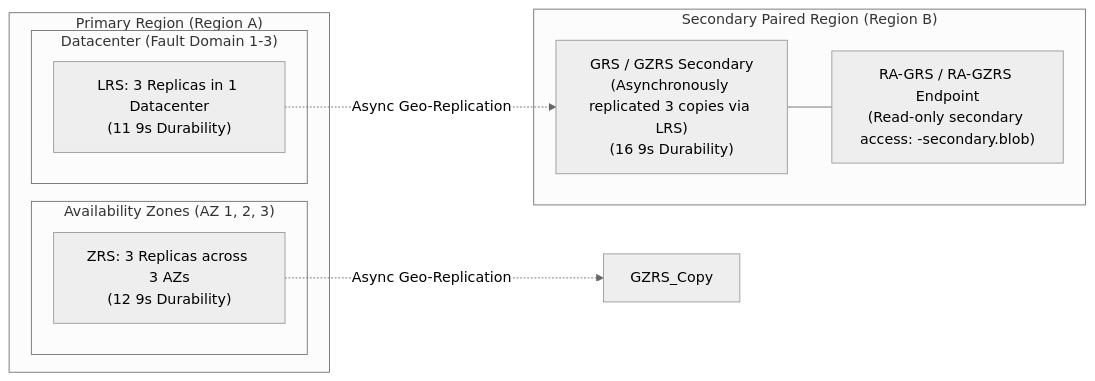
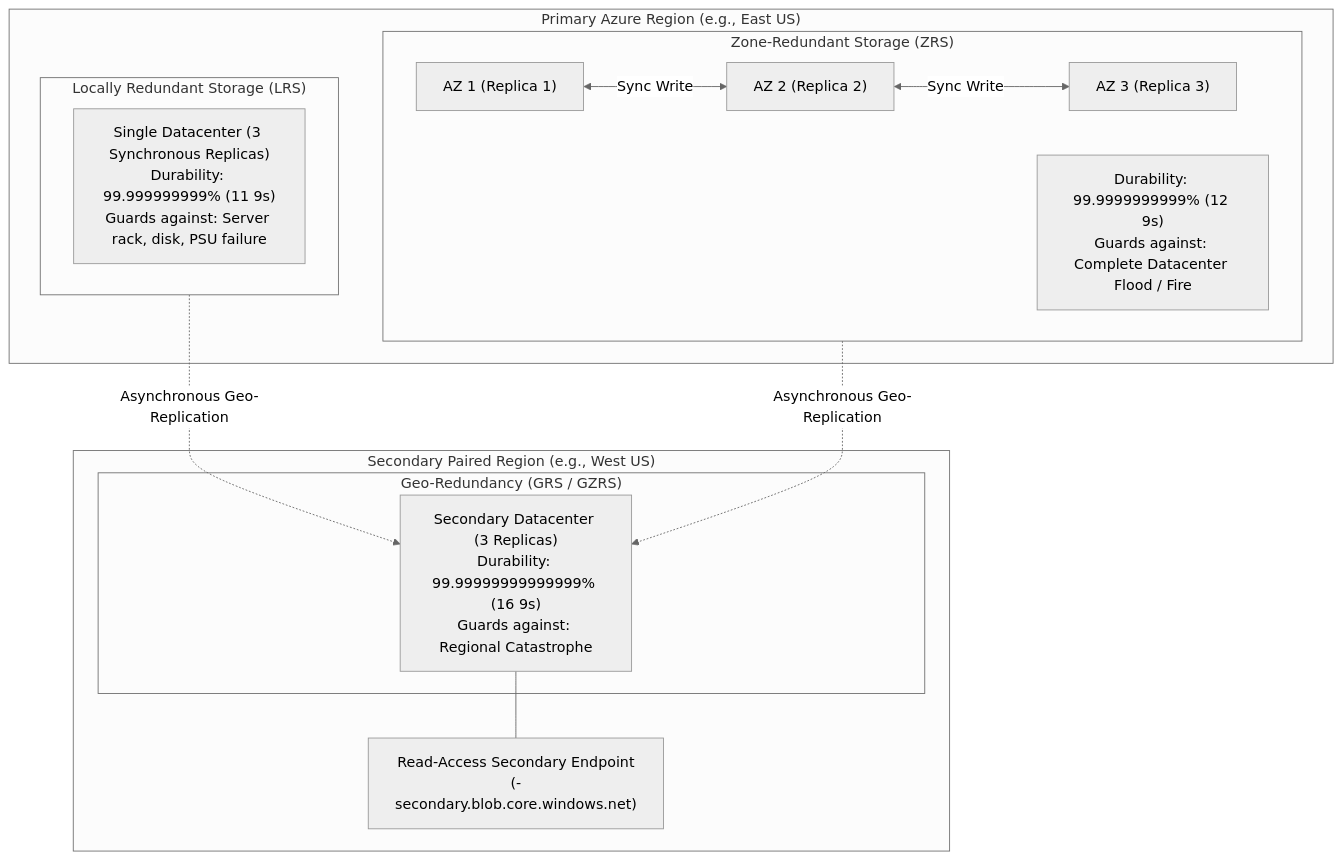
Before and after one commit to kmashour/BrainDump: the first of 2 diagrams in Reference Notes/13-104-08_administer_azure_storage.md, drawn with Mermaid (neutral theme). The commit also changed other lines of this file and 13 other files, not shown here.

Commit message:
feat(az-104): re-architect complete 12-module curriculum into progressive masterclass lecture series with lab bridges

````diff
--- a/Reference Notes/13-104-08_administer_azure_storage.md
+++ b/Reference Notes/13-104-08_administer_azure_storage.md
@@ -61,20 +93,25 @@
 ```mermaid
-flowchart LR
-    subgraph LocalRedundancy ["Primary Region (Region A)"]
-        subgraph Datacenter1 ["Datacenter (Fault Domain 1-3)"]
-            LRS_Copy["LRS: 3 Replicas in 1 Datacenter\n(11 9s Durability)"]
+flowchart TD
+    subgraph PrimaryRegion ["Primary Azure Region (e.g., East US)"]
+        subgraph LRS_Scope ["Locally Redundant Storage (LRS)"]
+            DC1["Single Datacenter (3 Synchronous Replicas)\nDurability: 99.999999999% (11 9s)\nGuards against: Server rack, disk, PSU failure"]
         end
-        subgraph AZs ["Availability Zones (AZ 1, 2, 3)"]
-            ZRS_Copy["ZRS: 3 Replicas across 3 AZs\n(12 9s Durability)"]
+
+        subgraph ZRS_Scope ["Zone-Redundant Storage (ZRS)"]
+            AZ1["AZ 1 (Replica 1)"] <-->|Sync Write| AZ2["AZ 2 (Replica 2)"]
+            AZ2 <-->|Sync Write| AZ3["AZ 3 (Replica 3)"]
+            NoteZRS["Durability: 99.9999999999% (12 9s)\nGuards against: Complete Datacenter Flood / Fire"]
         end
     end
 
-    subgraph GeoRedundancy ["Secondary Paired Region (Region B)"]
-        GRS_Copy["GRS / GZRS Secondary\n(Asynchronously replicated 3 copies via LRS)\n(16 9s Durability)"]
-        RAGRS_Copy["RA-GRS / RA-GZRS Endpoint\n(Read-only secondary access: <acc>-secondary.blob)"]
+    subgraph SecondaryRegion ["Secondary Paired Region (e.g., West US)"]
+        subgraph GeoReplication ["Geo-Redundancy (GRS / GZRS)"]
+            SecDC["Secondary Datacenter (3 Replicas)\nDurability: 99.99999999999999% (16 9s)\nGuards against: Regional Catastrophe"]
+        end
+        RA_Endpoint["Read-Access Secondary Endpoint\n(<account>-secondary.blob.core.windows.net)"]
     end
 
-    LRS_Copy -.->|Async Geo-Replication| GRS_Copy
-    ZRS_Copy -.->|Async Geo-Replication| GZRS_Copy
-    GRS_Copy --- RAGRS_Copy
+    LRS_Scope -.->|Asynchronous Geo-Replication| SecDC
+    ZRS_Scope -.->|Asynchronous Geo-Replication| SecDC
+    SecDC --- RA_Endpoint
 ```
````
